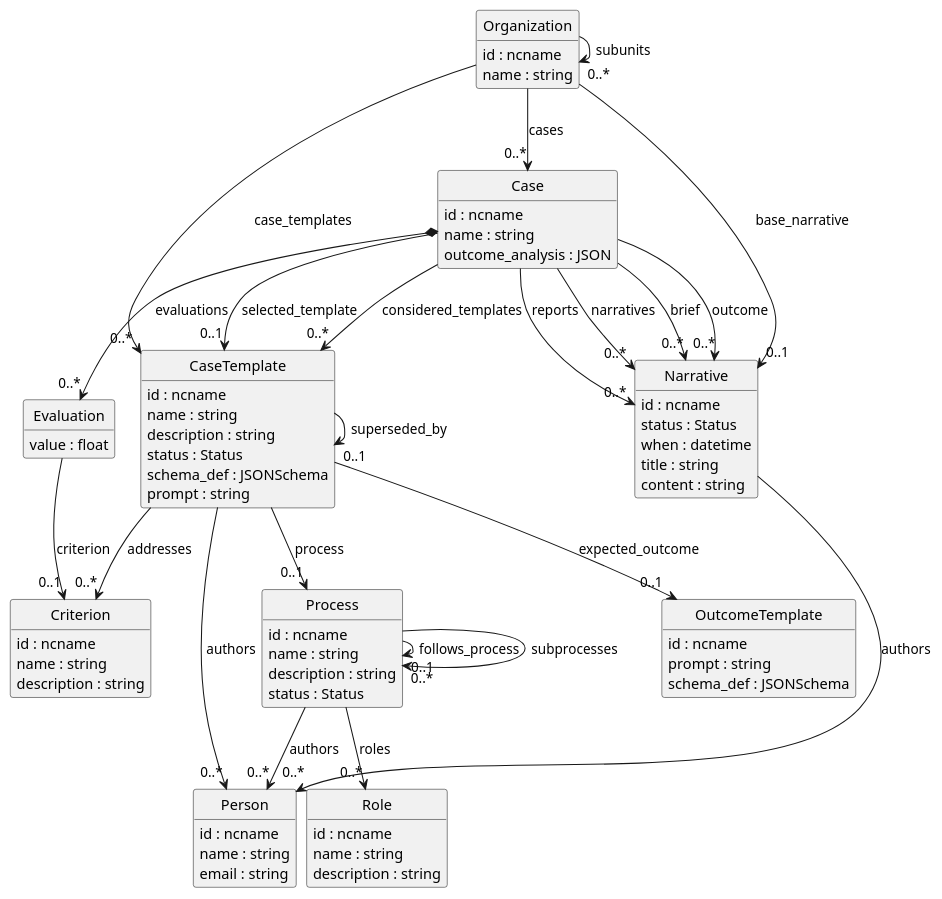
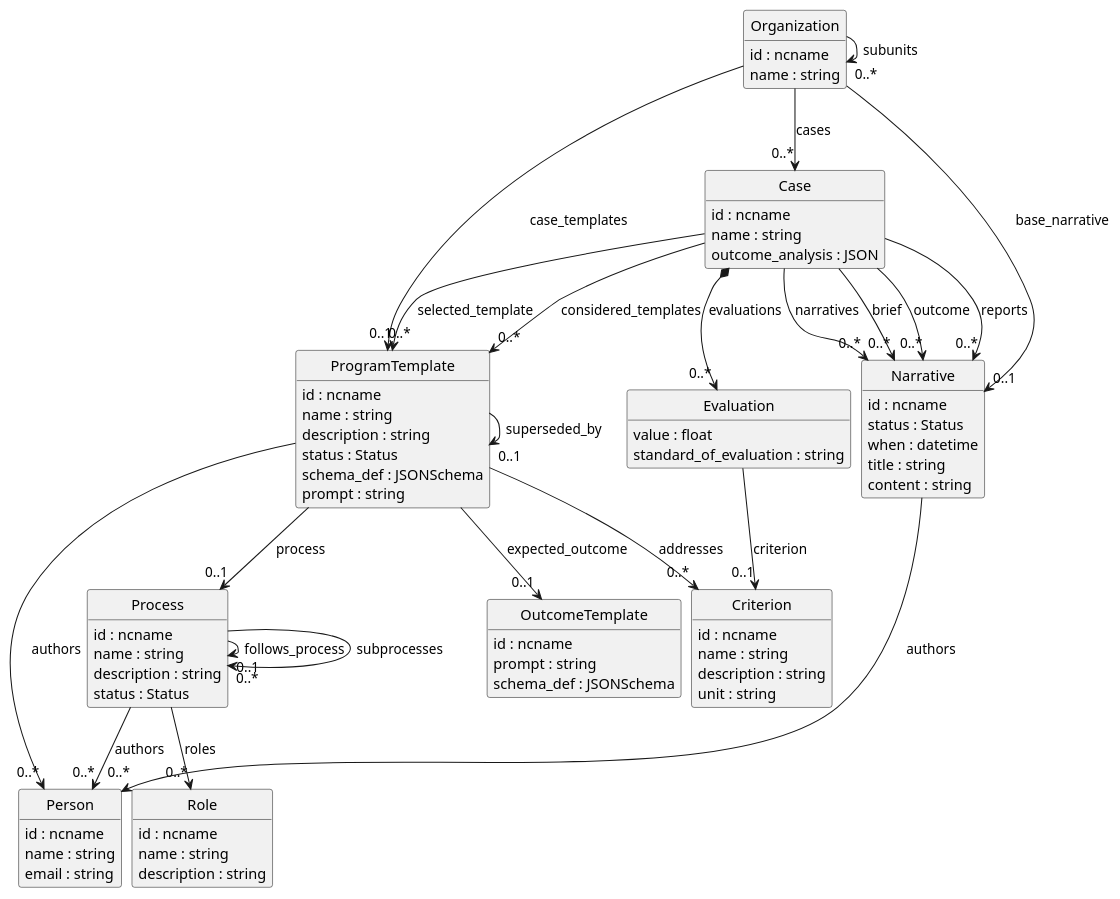
Before and after one commit to Existentialist-Robot/ProcesSieve: the diagram in schema.puml, drawn with PlantUML. The commit also changed 5 other files, not shown here.

```diff
--- a/schema.puml
+++ b/schema.puml
@@ -1,80 +1,82 @@
 @startuml
 skinparam nodesep 10
 hide circle
 hide empty members
-class "Process" [[{None}]] {
+class "Process" [[{The actual process we will use to solve a given problem.}]] {
     {field} id : ncname  
     {field} name : string  
     {field} description : string  
     {field} status : Status  
 }
-class "Role" [[{None}]] {
+class "Role" [[{A process involves certain actors playing certain roles in the process. This describes the roles.}]] {
     {field} id : ncname  
     {field} name : string  
     {field} description : string  
 }
 "Process" --> "0..*" "Role" : "roles"
-class "Person" [[{None}]] {
-    {field} id : ncname  
-    {field} name : string  
-    {field} email : string  
-}
-class "CaseTemplate" [[{None}]] {
+class "ProgramTemplate" [[{The template that describes an entry in our best practice workbook, consisting of an (abstracted) situation we try to solve, and the process we intend to use to solve it.}]] {
     {field} id : ncname  
     {field} name : string  
     {field} description : string  
     {field} status : Status  
     {field} schema_def : JSONSchema  
     {field} prompt : string  
 }
+class "OutcomeTemplate" [[{A template that describes a category of outcome we expect at the end of a ProcessTemplate, and especially the criteria we intend to measure at the end of the process.}]] {
+    {field} id : ncname  
+    {field} prompt : string  
+    {field} schema_def : JSONSchema  
+}
+class "Criterion" [[{A description of a criterion by which outcomes will be evaluated. E.g. A KPI is a Criterion.}]] {
+    {field} id : ncname  
+    {field} name : string  
+    {field} description : string  
+    {field} unit : string  
+}
+class "Person" [[{A person involved in a process}]] {
+    {field} id : ncname  
+    {field} name : string  
+    {field} email : string  
+}
+class "Case" [[{The narrative description of an individual work unit we have solved or intend to solve.}]] {
+    {field} id : ncname  
+    {field} name : string  
+    {field} outcome_analysis : JSON  
+}
+class "Organization" [[{An organization where persons work}]] {
+    {field} id : ncname  
+    {field} name : string  
+}
+"ProgramTemplate" --> "0..1" "ProgramTemplate" : "superseded_by"
+"ProgramTemplate" --> "0..1" "OutcomeTemplate" : "expected_outcome"
+"ProgramTemplate" --> "0..*" "Criterion" : "addresses"
+"ProgramTemplate" --> "0..1" "Process" : "process"
+"ProgramTemplate" --> "0..*" "Person" : "authors"
+"Case" --> "0..*" "ProgramTemplate" : "considered_templates"
+"Case" --> "0..1" "ProgramTemplate" : "selected_template"
+"Organization" --> "0..*" "ProgramTemplate" : "case_templates"
 "Process" --> "0..1" "Process" : "follows_process"
 "Process" --> "0..*" "Process" : "subprocesses"
 "Process" --> "0..*" "Person" : "authors"
-"CaseTemplate" --> "0..1" "Process" : "process"
-class "Narrative" [[{None}]] {
+class "Narrative" [[{A narrative description of either a concrete or abstracted Case or Process. There can be many narratives.}]] {
     {field} id : ncname  
     {field} status : Status  
     {field} when : datetime  
     {field} title : string  
     {field} content : string  
 }
-"CaseTemplate" --> "0..*" "Person" : "authors"
 "Narrative" --> "0..*" "Person" : "authors"
-class "OutcomeTemplate" [[{None}]] {
-    {field} id : ncname  
-    {field} prompt : string  
-    {field} schema_def : JSONSchema  
-}
-"CaseTemplate" --> "0..1" "OutcomeTemplate" : "expected_outcome"
-class "Organization" [[{None}]] {
-    {field} id : ncname  
-    {field} name : string  
-}
-class "Case" [[{None}]] {
-    {field} id : ncname  
-    {field} name : string  
-    {field} outcome_analysis : JSON  
-}
-"Organization" --> "0..*" "CaseTemplate" : "case_templates"
 "Organization" --> "0..*" "Case" : "cases"
 "Organization" --> "0..*" "Organization" : "subunits"
 "Organization" --> "0..1" "Narrative" : "base_narrative"
 "Case" --> "0..*" "Narrative" : "brief"
 "Case" --> "0..*" "Narrative" : "outcome"
 "Case" --> "0..*" "Narrative" : "reports"
 "Case" --> "0..*" "Narrative" : "narratives"
-class "Evaluation" [[{None}]] {
+class "Evaluation" [[{The evaluation of an outcome with respect to one of the Program's Criteria}]] {
     {field} value : float  
-}
-class "Criterion" [[{None}]] {
-    {field} id : ncname  
-    {field} name : string  
-    {field} description : string  
+    {field} standard_of_evaluation : string  
 }
 "Evaluation" --> "0..1" "Criterion" : "criterion"
 "Case" *--> "0..*" "Evaluation" : "evaluations"
-"CaseTemplate" --> "0..*" "Criterion" : "addresses"
-"CaseTemplate" --> "0..1" "CaseTemplate" : "superseded_by"
-"Case" --> "0..*" "CaseTemplate" : "considered_templates"
-"Case" --> "0..1" "CaseTemplate" : "selected_template"
 @enduml
```
